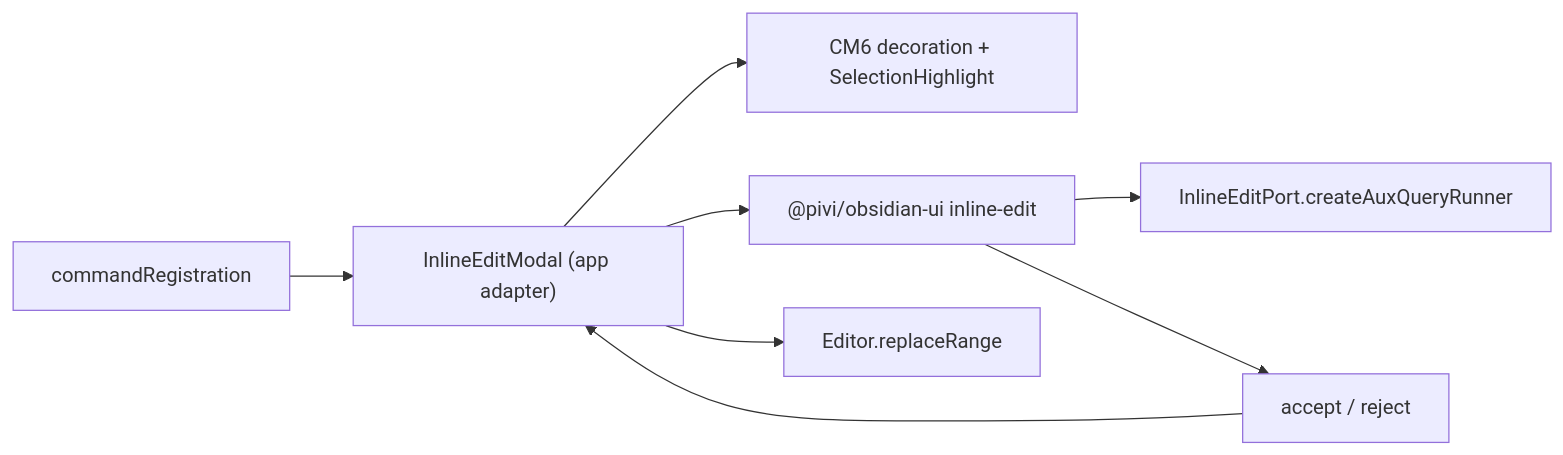
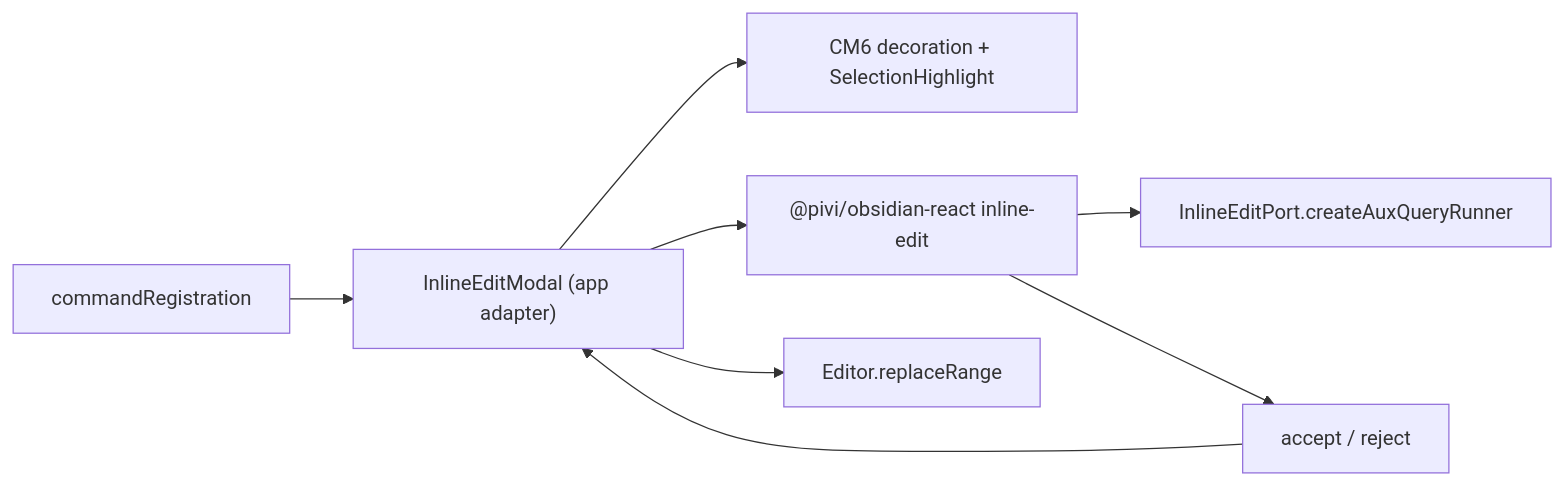
Before and after one commit to shuuul/obsidian-pivi: the diagram in src/ui/inline-edit/AGENTS.md, drawn with Mermaid. The commit also changed other lines of this file and 335 other files, not shown here.

First line of the commit message:
refactor(architecture): enforce package and UI boundaries

````diff
--- a/src/ui/inline-edit/AGENTS.md
+++ b/src/ui/inline-edit/AGENTS.md
@@ -11,10 +11,10 @@
 ```mermaid
 flowchart LR
   Command["commandRegistration"] --> Adapter["InlineEditModal (app adapter)"]
   Adapter --> CM["CM6 decoration + SelectionHighlight"]
-  Adapter --> React["@pivi/obsidian-ui inline-edit"]
+  Adapter --> React["@pivi/obsidian-react inline-edit"]
   React --> Runner["InlineEditPort.createAuxQueryRunner"]
   React --> Decision["accept / reject"]
   Decision --> Adapter
   Adapter --> Apply["Editor.replaceRange"]
 ```
````
